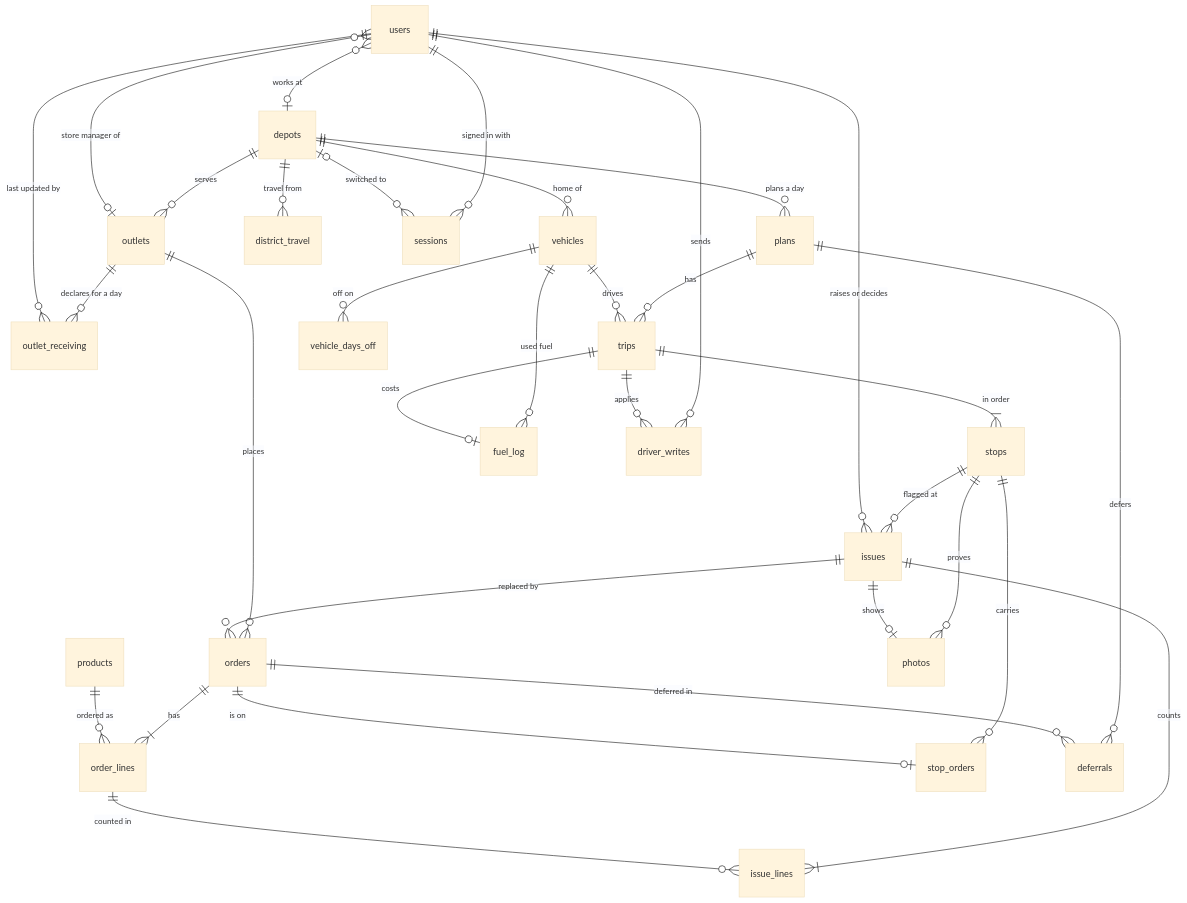
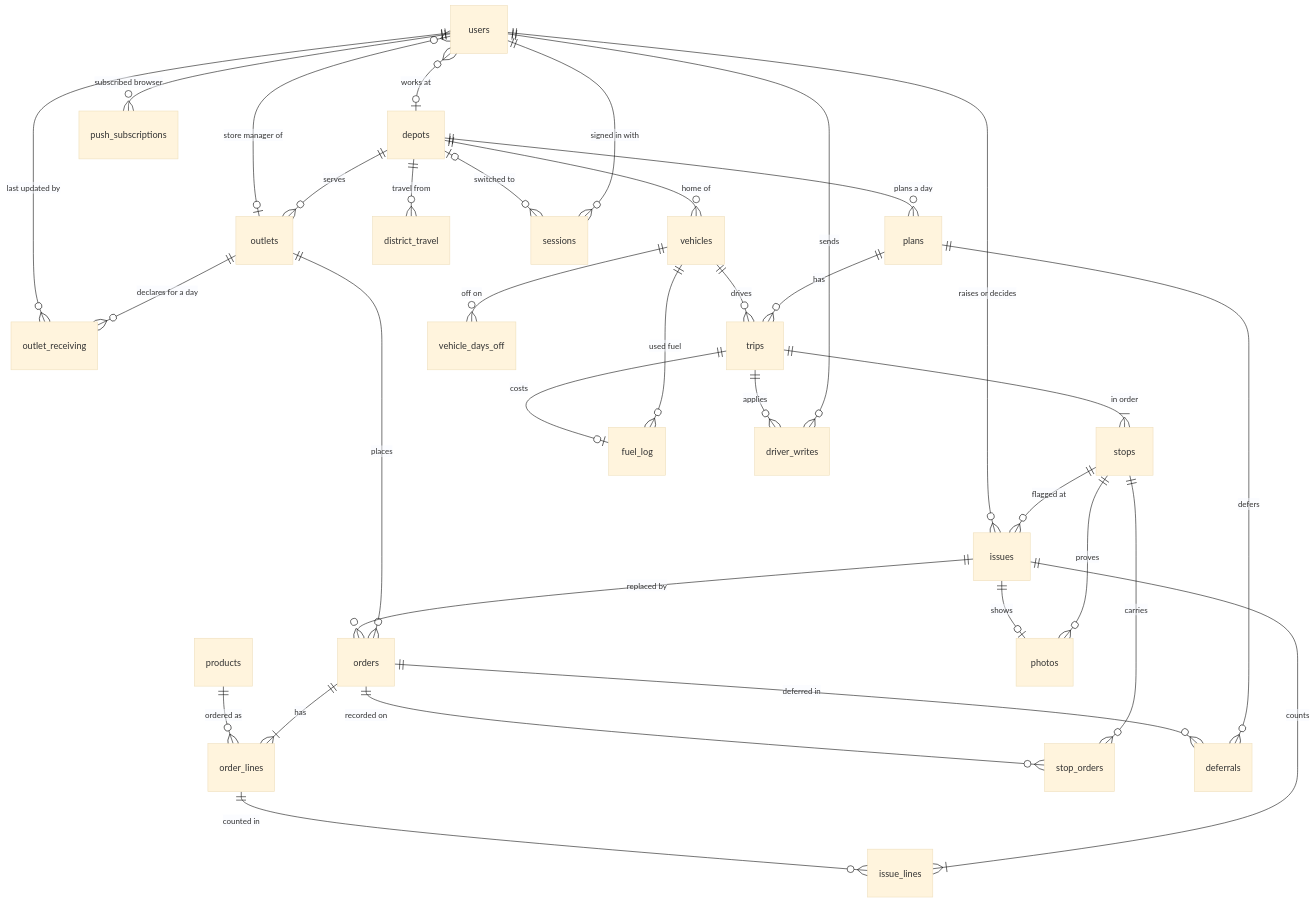
The diagram in docs/data-model.md (nabil11111/Vectorious_Wayfinder), drawn with Mermaid (base theme) before and after one commit. The commit also changed other lines of this file and 70 other files, not shown here.

````diff
--- a/docs/data-model.md
+++ b/docs/data-model.md
@@ -6,35 +6,36 @@
 ```mermaid
 erDiagram
     depots ||--o{ outlets : serves
     depots ||--o{ vehicles : "home of"
     depots ||--o{ district_travel : "travel from"
     outlets ||--o{ orders : places
     outlets ||--o{ outlet_receiving : "declares for a day"
     users ||--o{ outlet_receiving : "last updated by"
     orders ||--|{ order_lines : has
     products ||--o{ order_lines : "ordered as"
     users }o--o| outlets : "store manager of"
     users }o--o| depots : "works at"
     users ||--o{ sessions : "signed in with"
+    users ||--o{ push_subscriptions : "subscribed browser"
     depots |o--o{ sessions : "switched to"
     depots ||--o{ plans : "plans a day"
     plans ||--o{ trips : has
     vehicles ||--o{ trips : drives
     trips ||--|{ stops : "in order"
     stops ||--o{ stop_orders : carries
-    orders ||--o| stop_orders : "is on"
+    orders ||--o{ stop_orders : "recorded on"
     plans ||--o{ deferrals : "defers"
     orders ||--o{ deferrals : "deferred in"
     vehicles ||--o{ vehicle_days_off : "off on"
     vehicles ||--o{ fuel_log : "used fuel"
     trips ||--o| fuel_log : "costs"
     stops ||--o{ issues : "flagged at"
     issues ||--|{ issue_lines : counts
     order_lines ||--o{ issue_lines : "counted in"
     users ||--o{ issues : "raises or decides"
     users ||--o{ driver_writes : sends
     trips ||--o{ driver_writes : applies
     stops ||--o{ photos : proves
     issues ||--o| photos : shows
     issues ||--o{ orders : "replaced by"
 ```
````
